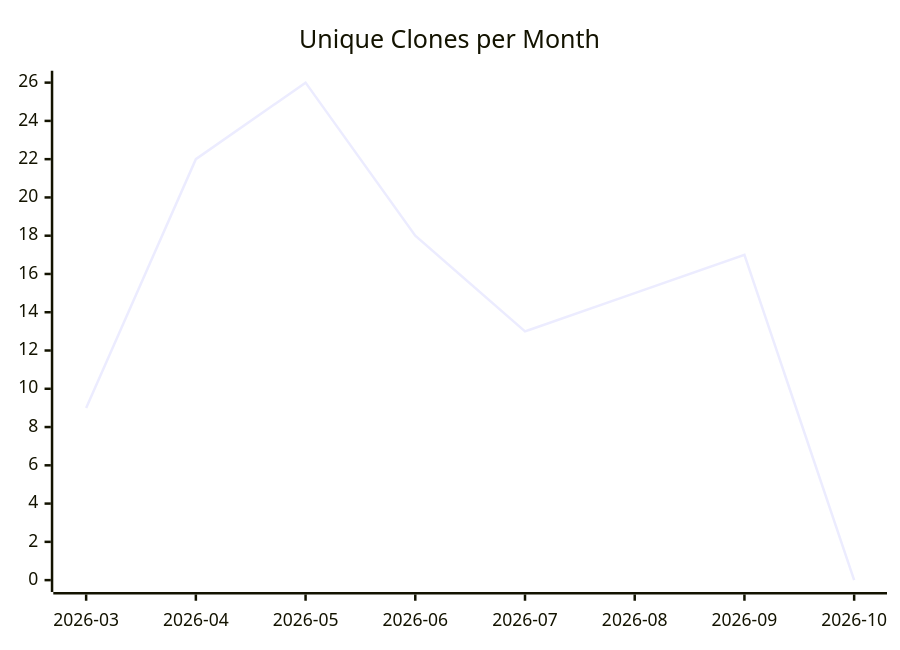
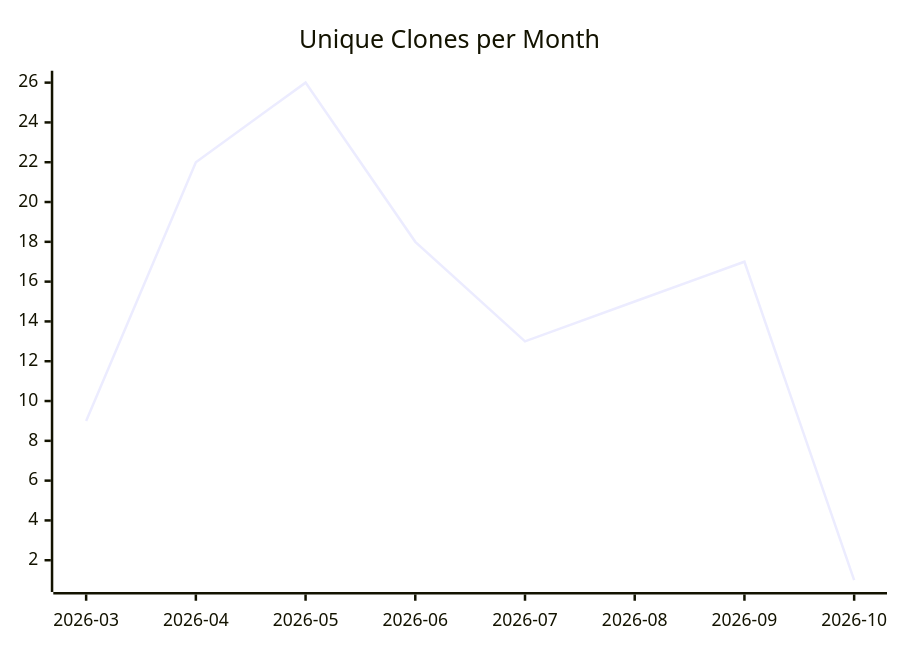
Before and after one commit to justdavis-family/github-analytics-data: the third of 3 diagrams in karlmdavis/lego-ev3dev-rs/README.md, drawn with Mermaid. The commit also changed other lines of this file and 200 other files, not shown here.

````diff
--- a/karlmdavis/lego-ev3dev-rs/README.md
+++ b/karlmdavis/lego-ev3dev-rs/README.md
@@ -19,6 +19,6 @@
 ```mermaid
 xychart-beta
   title "Unique Clones per Month"
   x-axis ["2026-03", "2026-04", "2026-05", "2026-06", "2026-07", "2026-08", "2026-09", "2026-10"]
-  line [9, 22, 26, 18, 13, 15, 17, 0]
+  line [9, 22, 26, 18, 13, 15, 17, 1]
 ```
````
